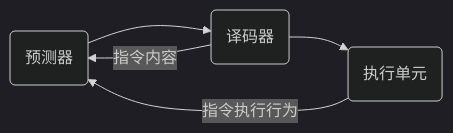
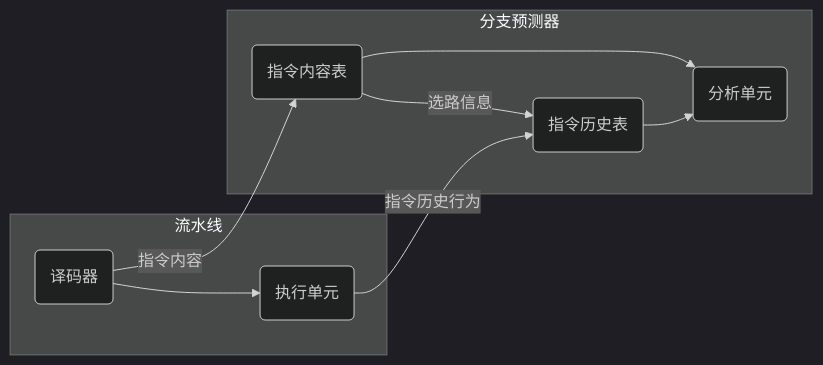
The second of 8 diagrams in report/report.md (npz7yyk/clap), drawn with Mermaid (dark theme) before and after one commit. The commit also changed other lines of this file and 1 other file, not shown here.

Commit message:
Update report

````diff
--- a/report/report.md
+++ b/report/report.md
@@ -183,6 +183,18 @@
   ```mermaid
   graph LR
-  A(预测器) --> C(译码器) --> D(执行单元)
-  C-->|指令内容|A
-  D-->|指令执行行为|A
+  	subgraph 流水线
+  		A(译码器)
+  		B(执行单元)
+  	end
+  A --> B
+  	subgraph 分支预测器
+  		C(指令内容表)
+  		D(指令历史表)
+  		E(分析单元)
+  	end
+  C -->|选路信息| D
+  A --> |指令内容|C
+  B --> |指令历史行为|D
+  C --> E
+  D --> E
   ```
````
